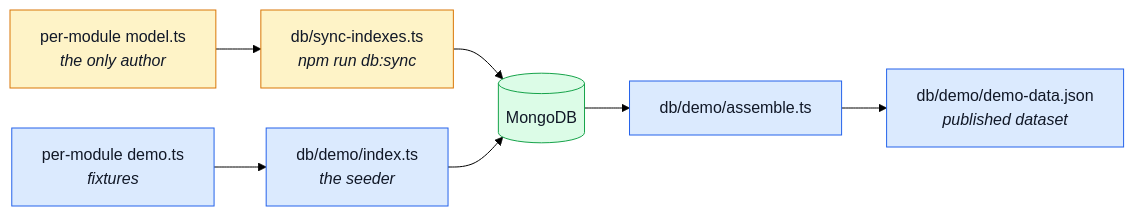
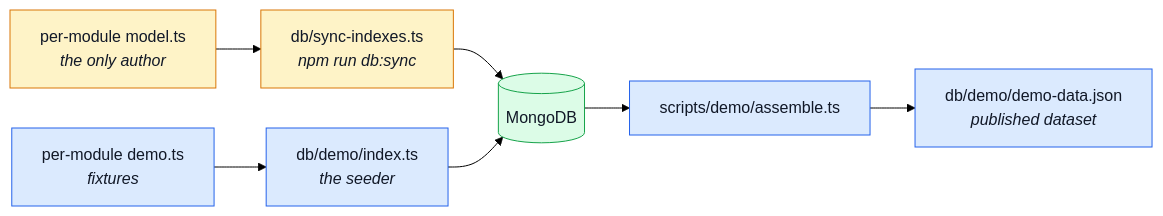
The first of 2 diagrams in docs/reference/data.md (Guebbit/boilerplate-node-backend), drawn with Mermaid (forest theme) before and after one commit. The commit also changed other lines of this file and 3 other files, not shown here.

````diff
--- a/docs/reference/data.md
+++ b/docs/reference/data.md
@@ -17,17 +17,17 @@
 ```mermaid
 %%{init: {'flowchart': {'nodeSpacing': 40, 'rankSpacing': 45}}}%%
 flowchart LR
     Models["per-module model.ts<br/><i>the only author</i>"] --> Sync["db/sync-indexes.ts<br/><i>npm run db:sync</i>"]
     Sync --> Mongo[("MongoDB")]
     Seeds["per-module demo.ts<br/><i>fixtures</i>"] --> Index["db/demo/index.ts<br/><i>the seeder</i>"]
     Index --> Mongo
-    Mongo --> Assemble["db/demo/assemble.ts"]
+    Mongo --> Assemble["scripts/demo/assemble.ts"]
     Assemble --> Data["db/demo/demo-data.json<br/><i>published dataset</i>"]
 
     classDef schema fill:#fef3c7,stroke:#d97706,color:#111827;
     classDef data fill:#dbeafe,stroke:#2563eb,color:#111827;
     classDef store fill:#dcfce7,stroke:#16a34a,color:#111827;
     class Models,Sync schema;
     class Seeds,Index,Assemble,Data data;
     class Mongo store;
 ```
````
